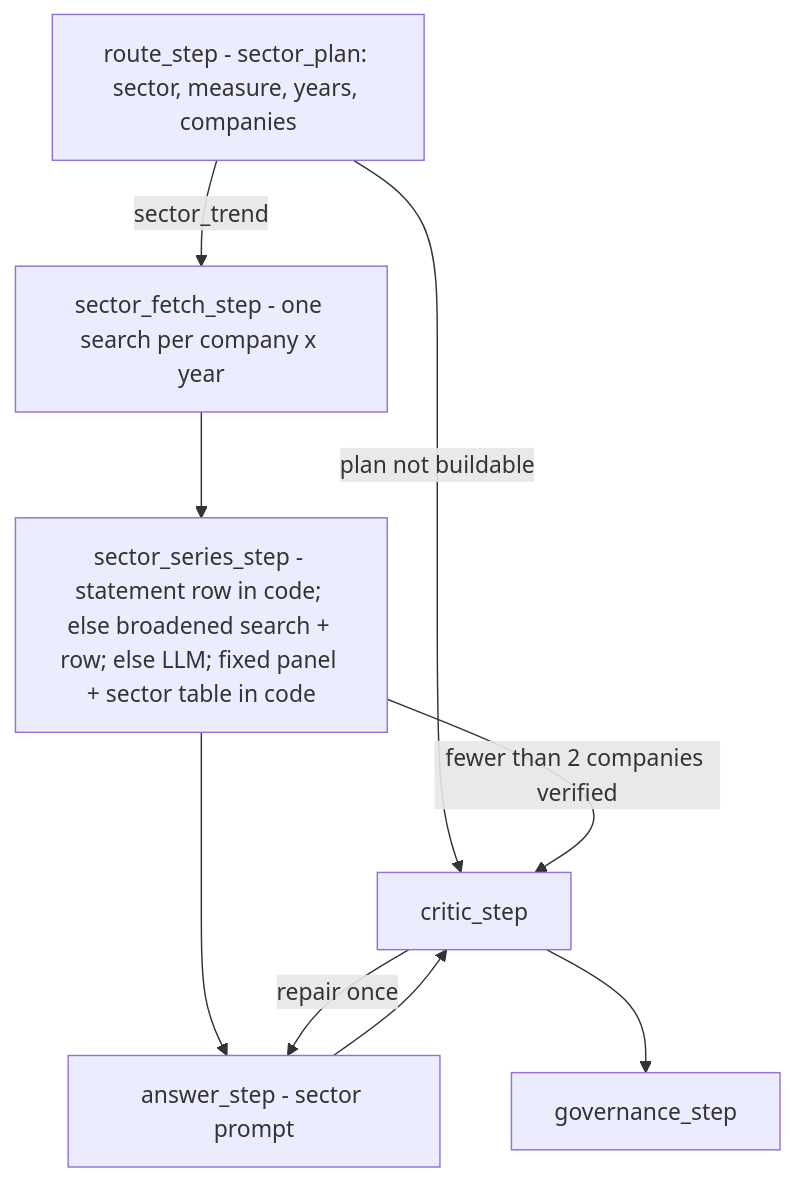
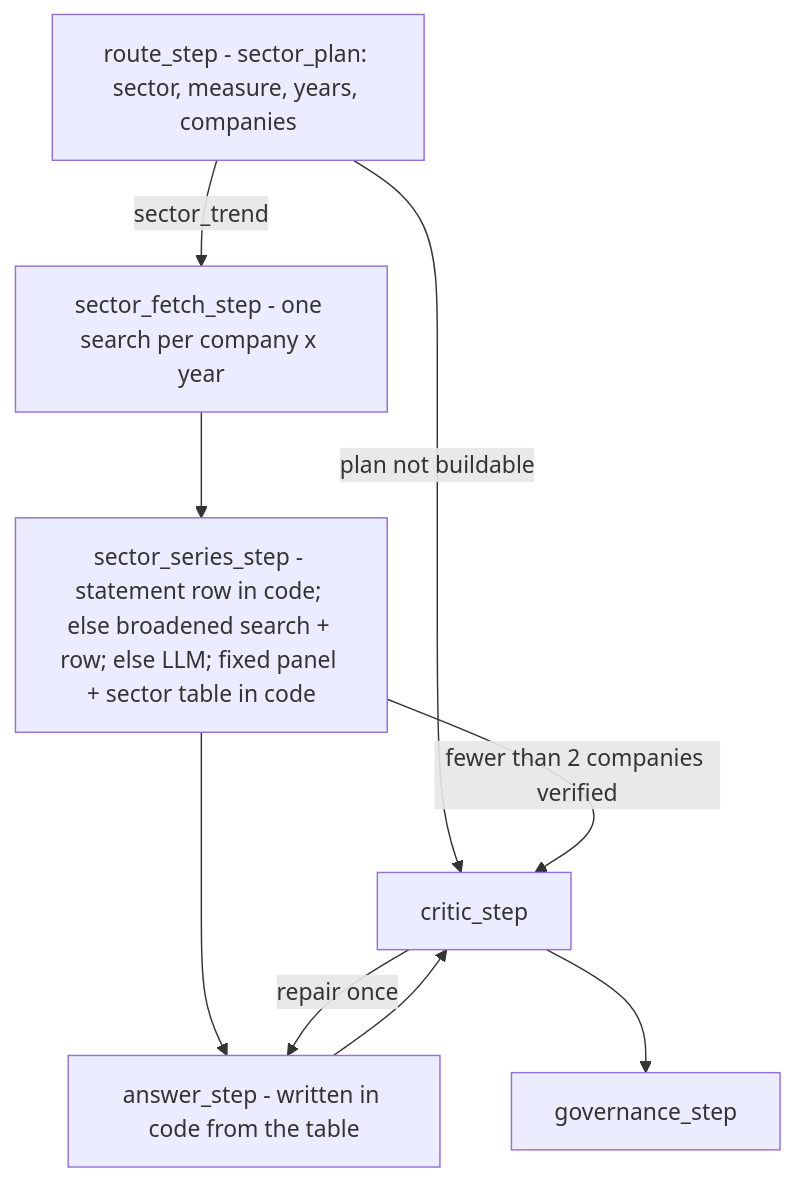
Before and after one commit to rama159065/Capstone: the fourth of 8 diagrams in docs/agent_flows.md, drawn with Mermaid. The commit also changed other lines of this file and 12 other files, not shown here.

````diff
--- a/docs/agent_flows.md
+++ b/docs/agent_flows.md
@@ -263,11 +263,11 @@
 ```mermaid
 flowchart TD
     R[route_step - sector_plan: sector, measure, years, companies] -->|sector_trend| SF[sector_fetch_step - one search per company x year]
     R -->|plan not buildable| CR[critic_step]
     SF --> SS[sector_series_step - statement row in code; else broadened search + row; else LLM; fixed panel + sector table in code]
     SS -->|fewer than 2 companies verified| CR
-    SS --> A[answer_step - sector prompt]
+    SS --> A[answer_step - written in code from the table]
     A --> CR
     CR -->|repair once| A
     CR --> GV[governance_step]
 ```
````
